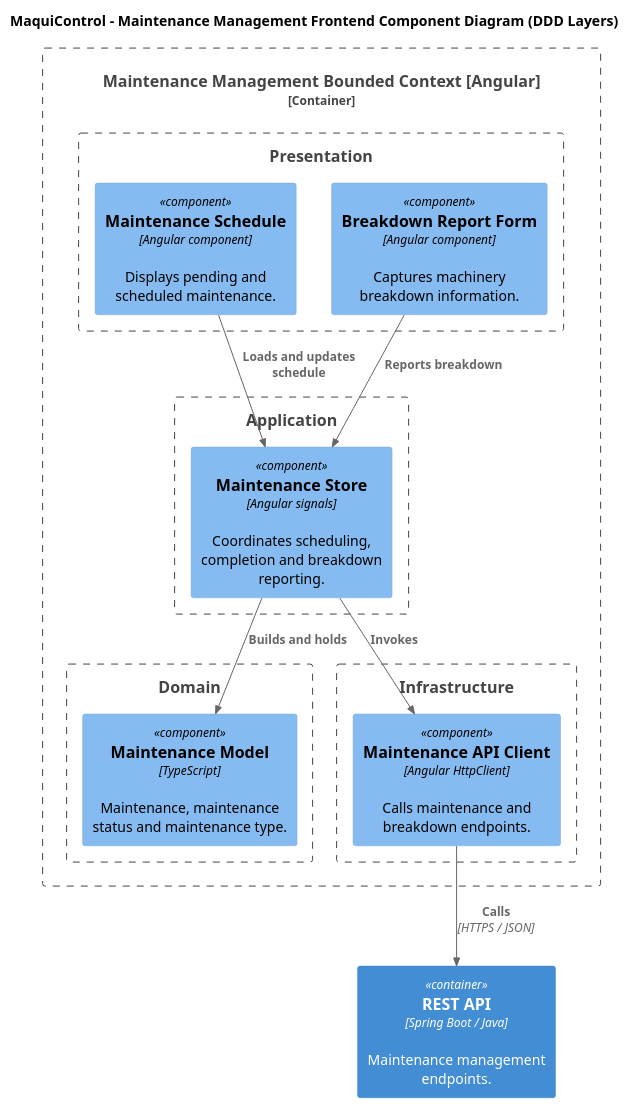
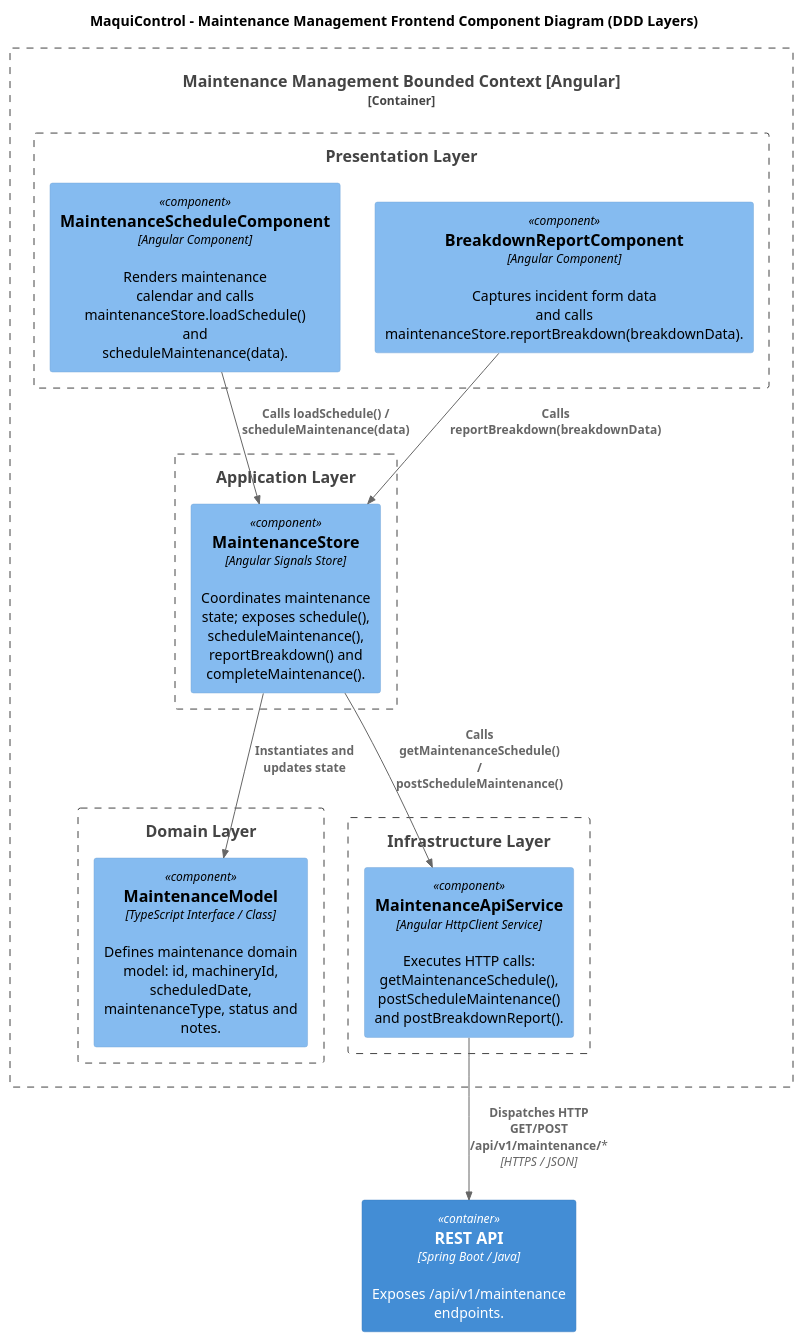
Before and after one commit to AndesHeavyTech/MaquiControl: the diagram in docs/architecture/components/maintenance-frontend-components.puml, drawn with PlantUML. The commit also changed 31 other files, not shown here.

Commit message:
docs(diagrams): update component descriptions and API endpoint details across multiple diagrams

```diff
--- a/docs/architecture/components/maintenance-frontend-components.puml
+++ b/docs/architecture/components/maintenance-frontend-components.puml
@@ -1,30 +1,30 @@
 @startuml
 !include <C4/C4_Component>
 
 title MaquiControl - Maintenance Management Frontend Component Diagram (DDD Layers)
 
 Container_Boundary(maintenance, "Maintenance Management Bounded Context [Angular]") {
-    Boundary(presentation, "Presentation") {
-        Component(schedulePage, "Maintenance Schedule", "Angular component", "Displays pending and scheduled maintenance.")
-        Component(breakdownForm, "Breakdown Report Form", "Angular component", "Captures machinery breakdown information.")
+    Boundary(presentation, "Presentation Layer") {
+        Component(maintenanceScheduleComponent, "MaintenanceScheduleComponent", "Angular Component", "Renders maintenance calendar and calls maintenanceStore.loadSchedule() and scheduleMaintenance(data).")
+        Component(breakdownReportComponent, "BreakdownReportComponent", "Angular Component", "Captures incident form data and calls maintenanceStore.reportBreakdown(breakdownData).")
     }
-    Boundary(application, "Application") {
-        Component(maintenanceStore, "Maintenance Store", "Angular signals", "Coordinates scheduling, completion and breakdown reporting.")
+    Boundary(application, "Application Layer") {
+        Component(maintenanceStore, "MaintenanceStore", "Angular Signals Store", "Coordinates maintenance state; exposes schedule(), scheduleMaintenance(), reportBreakdown() and completeMaintenance().")
     }
-    Boundary(domain, "Domain") {
-        Component(maintenanceModel, "Maintenance Model", "TypeScript", "Maintenance, maintenance status and maintenance type.")
+    Boundary(domain, "Domain Layer") {
+        Component(maintenanceModel, "MaintenanceModel", "TypeScript Interface / Class", "Defines maintenance domain model: id, machineryId, scheduledDate, maintenanceType, status and notes.")
     }
-    Boundary(infrastructure, "Infrastructure") {
-        Component(maintenanceApi, "Maintenance API Client", "Angular HttpClient", "Calls maintenance and breakdown endpoints.")
+    Boundary(infrastructure, "Infrastructure Layer") {
+        Component(maintenanceApiService, "MaintenanceApiService", "Angular HttpClient Service", "Executes HTTP calls: getMaintenanceSchedule(), postScheduleMaintenance() and postBreakdownReport().")
     }
 }
 
-Container(api, "REST API", "Spring Boot / Java", "Maintenance management endpoints.")
+Container(api, "REST API", "Spring Boot / Java", "Exposes /api/v1/maintenance endpoints.")
 
-Rel(schedulePage, maintenanceStore, "Loads and updates schedule")
-Rel(breakdownForm, maintenanceStore, "Reports breakdown")
-Rel(maintenanceStore, maintenanceModel, "Builds and holds")
-Rel(maintenanceStore, maintenanceApi, "Invokes")
-Rel(maintenanceApi, api, "Calls", "HTTPS / JSON")
+Rel(maintenanceScheduleComponent, maintenanceStore, "Calls loadSchedule() / scheduleMaintenance(data)")
+Rel(breakdownReportComponent, maintenanceStore, "Calls reportBreakdown(breakdownData)")
+Rel(maintenanceStore, maintenanceModel, "Instantiates and updates state")
+Rel(maintenanceStore, maintenanceApiService, "Calls getMaintenanceSchedule() / postScheduleMaintenance()")
+Rel(maintenanceApiService, api, "Dispatches HTTP GET/POST /api/v1/maintenance/*", "HTTPS / JSON")
 
 @enduml
```
